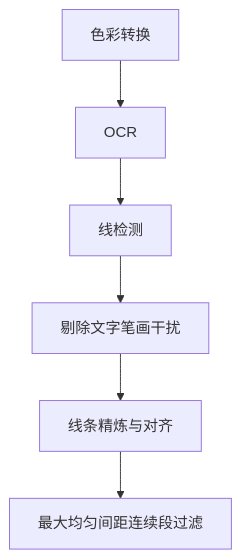
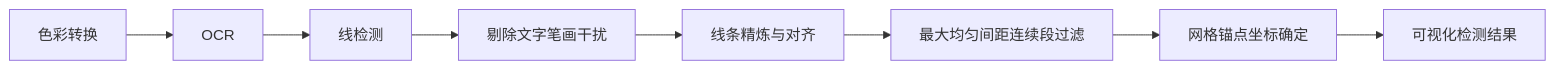
The diagram in _posts/blogs/2026-05-09-平面网格检测逻辑.md (Yizai30/yizai30.github.io), drawn with Mermaid before and after one commit.

Commit message:
udpate: 2026-05-09-平面网格检测逻辑.md; flowchart

````diff
--- a/_posts/blogs/2026-05-09-平面网格检测逻辑.md
+++ b/_posts/blogs/2026-05-09-平面网格检测逻辑.md
@@ -8,17 +8,21 @@
 ```mermaid
-flowchart
+flowchart LR
 
     step0[色彩转换]
     step1[OCR]
     step2[线检测]
     step3[剔除文字笔画干扰]
     step4[线条精炼与对齐]
     step5[最大均匀间距连续段过滤]
+    step6[网格锚点坐标确定]
+    step7[可视化检测结果]
 
     step0-->step1
     step1-->step2
     step2-->step3
     step3-->step4
     step4-->step5
+    step5-->step6
+    step6-->step7
 
 ```
````
